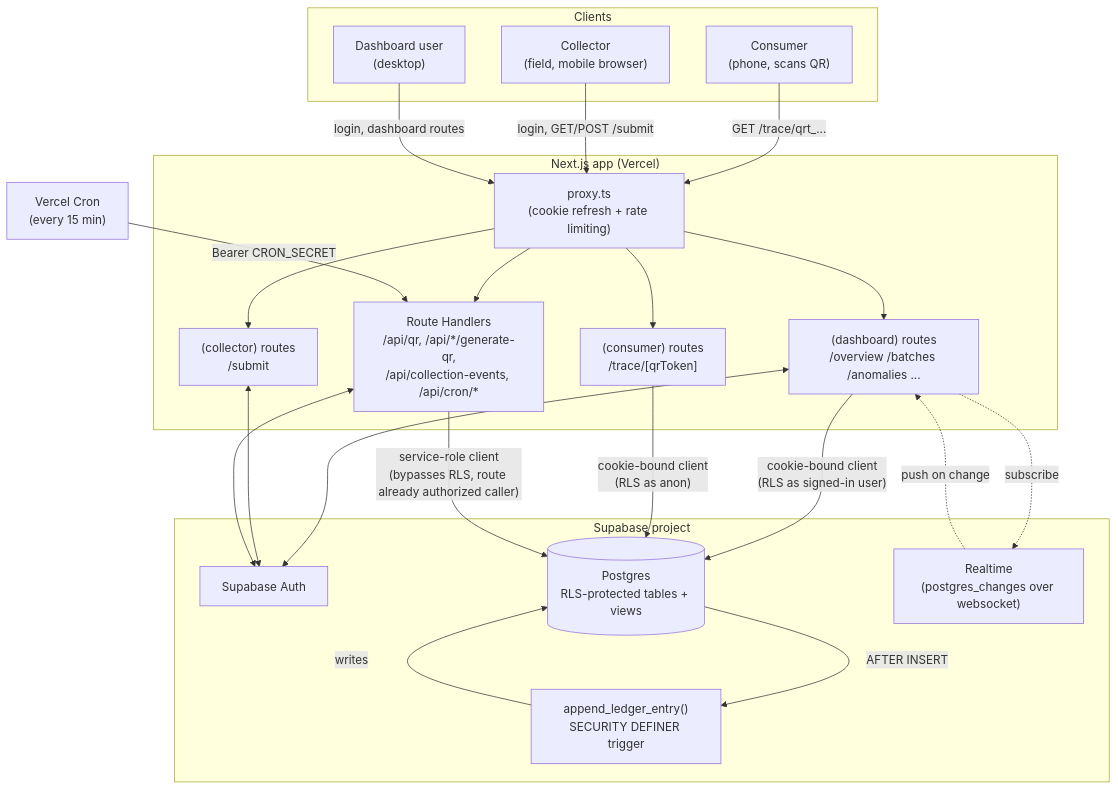
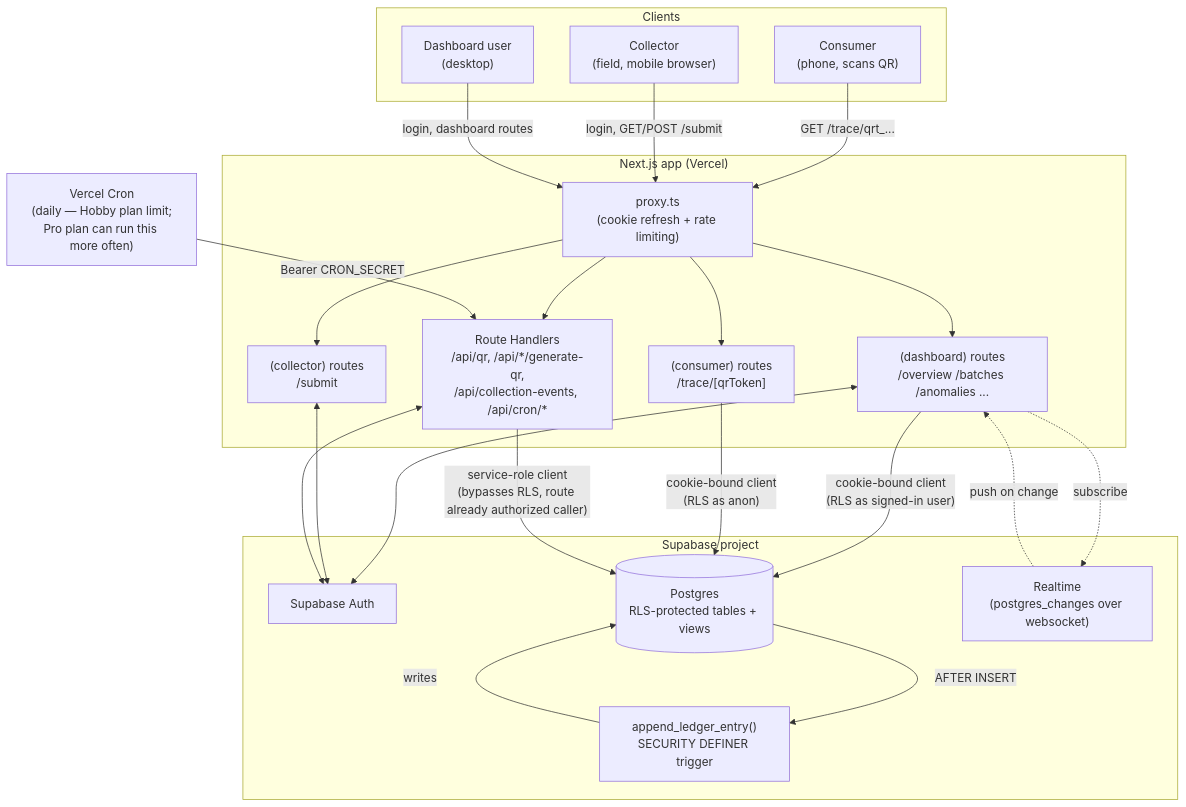
The first of 8 diagrams in ARCHITECTURE_AND_FLOWS.md (adishshah29-eng/SIH2026-CyberSecuriy), drawn with Mermaid before and after one commit. The commit also changed other lines of this file and 2 other files, not shown here.

Commit message:
Switch anomaly-scoring cron from every 15 min to daily
Vercel's Hobby plan only permits cron jobs that run once per day;
the original 15-minute schedule failed to deploy. Bump to Pro to
run it more often.

````diff
--- a/ARCHITECTURE_AND_FLOWS.md
+++ b/ARCHITECTURE_AND_FLOWS.md
@@ -12,46 +12,46 @@
 ```mermaid
 flowchart TB
     subgraph clients["Clients"]
         consumer["Consumer<br/>(phone, scans QR)"]
         collector["Collector<br/>(field, mobile browser)"]
         staff["Dashboard user<br/>(desktop)"]
     end
 
     subgraph nextapp["Next.js app (Vercel)"]
         proxy["proxy.ts<br/>(cookie refresh + rate limiting)"]
         dashboard["(dashboard) routes<br/>/overview /batches /anomalies ..."]
         consumerRoute["(consumer) routes<br/>/trace/[qrToken]"]
         collectorRoute["(collector) routes<br/>/submit"]
         api["Route Handlers<br/>/api/qr, /api/*/generate-qr,<br/>/api/collection-events, /api/cron/*"]
     end
 
     subgraph supabase["Supabase project"]
         auth["Supabase Auth"]
         pg[("Postgres<br/>RLS-protected tables + views")]
         rt["Realtime<br/>(postgres_changes over websocket)"]
         trigger["append_ledger_entry()<br/>SECURITY DEFINER trigger"]
     end
 
-    cron["Vercel Cron<br/>(every 15 min)"]
+    cron["Vercel Cron<br/>(daily — Hobby plan limit;<br/>Pro plan can run this more often)"]
 
     consumer -->|"GET /trace/qrt_..."| proxy
     collector -->|"login, GET/POST /submit"| proxy
     staff -->|"login, dashboard routes"| proxy
 
     proxy --> dashboard & consumerRoute & collectorRoute & api
 
     dashboard -- "cookie-bound client<br/>(RLS as signed-in user)" --> pg
     consumerRoute -- "cookie-bound client<br/>(RLS as anon)" --> pg
     api -- "service-role client<br/>(bypasses RLS, route already authorized caller)" --> pg
     dashboard -.->|subscribe| rt
     rt -.->|push on change| dashboard
 
     pg -- "AFTER INSERT" --> trigger
     trigger -- "writes" --> pg
 
     dashboard <--> auth
     collectorRoute <--> auth
     api <--> auth
 
     cron -->|"Bearer CRON_SECRET"| api
 ```
````
